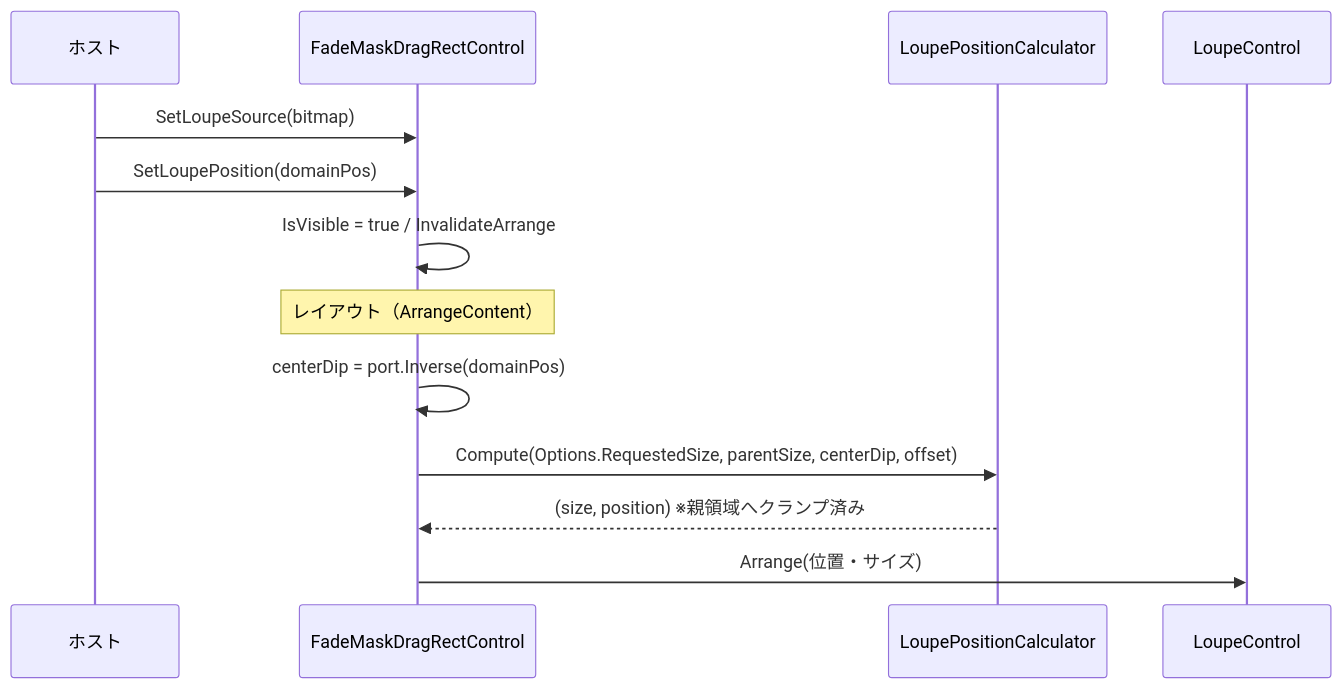
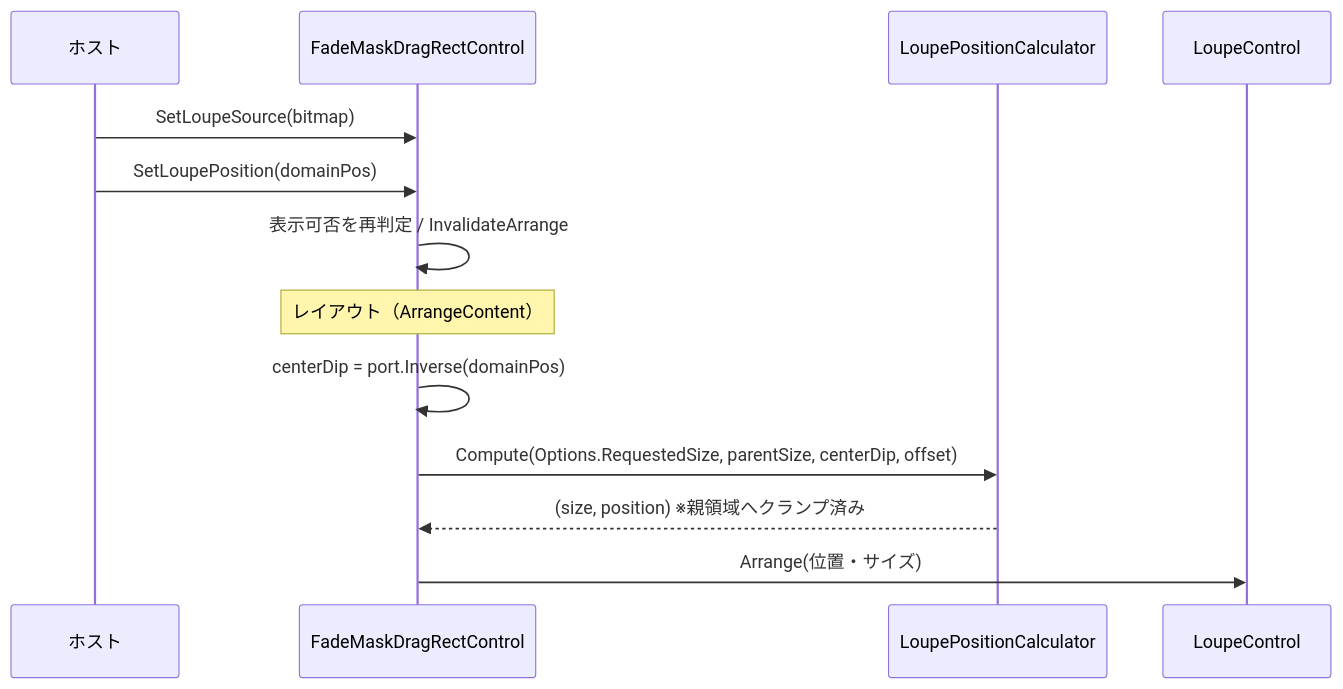
The fourth of 4 diagrams in src/FadeMaskDragRectControl.MewUI/SPEC_System.md (tomokuni/SaveEvidence), drawn with Mermaid before and after one commit. The commit also changed other lines of this file and 178 other files, not shown here.

````diff
--- a/src/FadeMaskDragRectControl.MewUI/SPEC_System.md
+++ b/src/FadeMaskDragRectControl.MewUI/SPEC_System.md
@@ -228,16 +213,16 @@
 ```mermaid
 sequenceDiagram
     participant Host as ホスト
     participant Facade as FadeMaskDragRectControl
     participant Calc as LoupePositionCalculator
     participant Loupe as LoupeControl
 
     Host->>Facade: SetLoupeSource(bitmap)
     Host->>Facade: SetLoupePosition(domainPos)
-    Facade->>Facade: IsVisible = true / InvalidateArrange
+    Facade->>Facade: 表示可否を再判定 / InvalidateArrange
     Note over Facade: レイアウト（ArrangeContent）
     Facade->>Facade: centerDip = port.Inverse(domainPos)
     Facade->>Calc: Compute(Options.RequestedSize, parentSize, centerDip, offset)
     Calc-->>Facade: (size, position)  ※親領域へクランプ済み
     Facade->>Loupe: Arrange(位置・サイズ)
 ```
````
